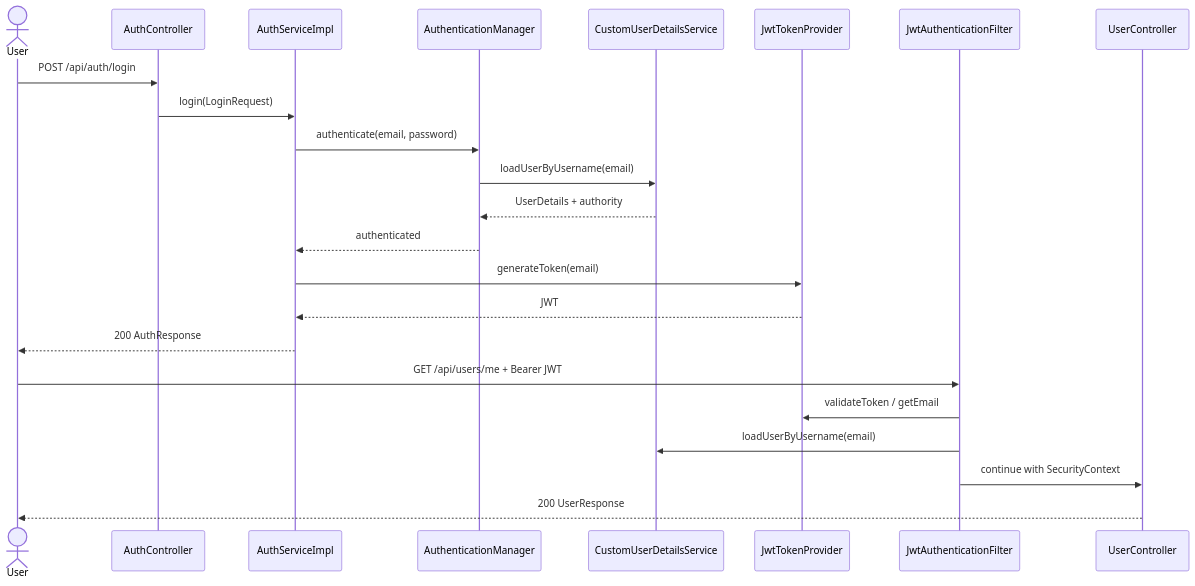
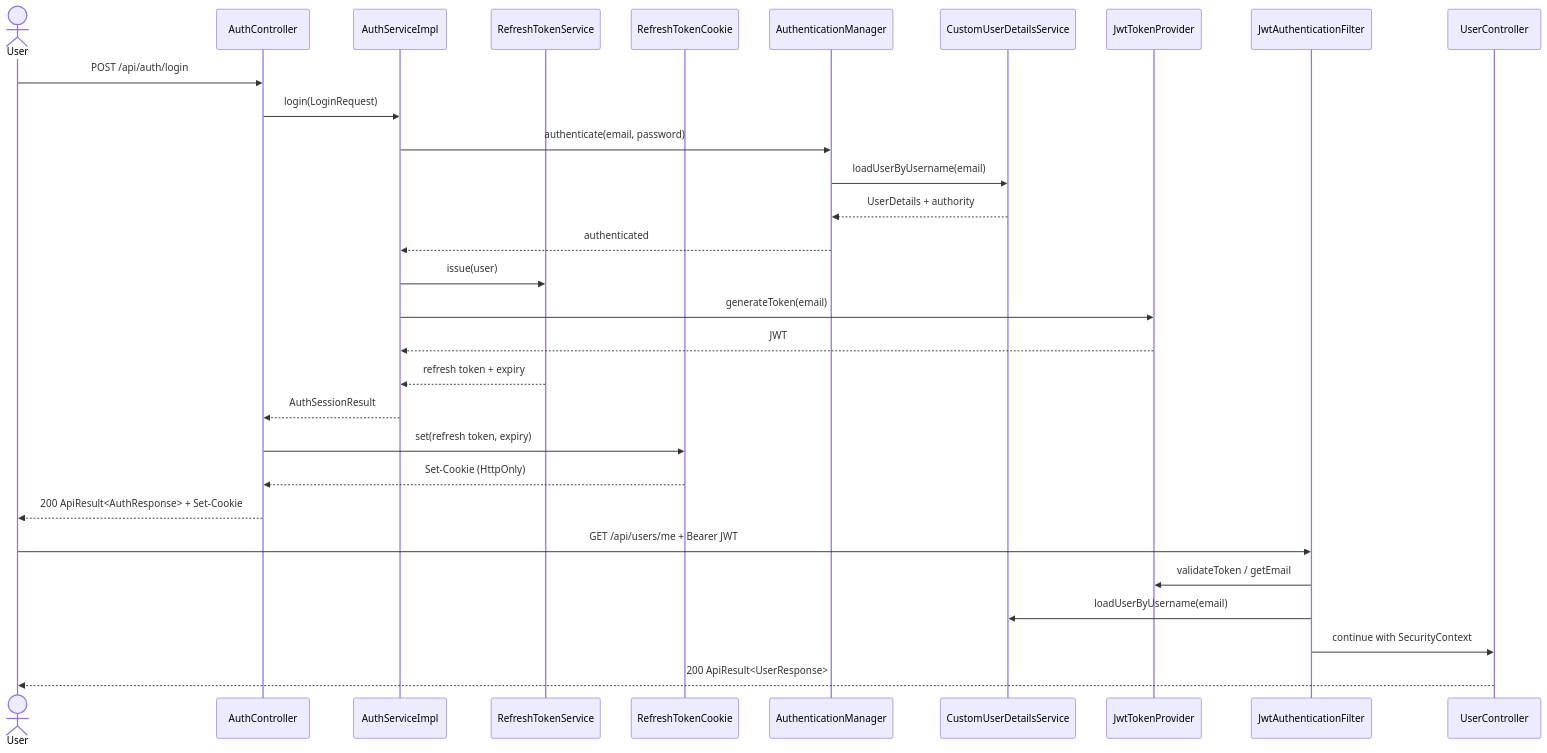
Before and after one commit to lillianxhub/freelance-hub: the diagram in doc/V1/USECASE/petpinyo-usecase.md, drawn with Mermaid. The commit also changed other lines of this file and 4 other files, not shown here.

````diff
--- a/doc/V1/USECASE/petpinyo-usecase.md
+++ b/doc/V1/USECASE/petpinyo-usecase.md
@@ -120,26 +112,33 @@
 ```mermaid
 sequenceDiagram
     actor User
     participant C as AuthController
     participant S as AuthServiceImpl
+    participant R as RefreshTokenService
+    participant Cookie as RefreshTokenCookie
     participant A as AuthenticationManager
     participant D as CustomUserDetailsService
     participant J as JwtTokenProvider
     participant F as JwtAuthenticationFilter
     participant U as UserController
 
     User->>C: POST /api/auth/login
     C->>S: login(LoginRequest)
     S->>A: authenticate(email, password)
     A->>D: loadUserByUsername(email)
     D-->>A: UserDetails + authority
     A-->>S: authenticated
+    S->>R: issue(user)
     S->>J: generateToken(email)
     J-->>S: JWT
-    S-->>User: 200 AuthResponse
+    R-->>S: refresh token + expiry
+    S-->>C: AuthSessionResult
+    C->>Cookie: set(refresh token, expiry)
+    Cookie-->>C: Set-Cookie (HttpOnly)
+    C-->>User: 200 ApiResult<AuthResponse> + Set-Cookie
     User->>F: GET /api/users/me + Bearer JWT
     F->>J: validateToken / getEmail
     F->>D: loadUserByUsername(email)
     F->>U: continue with SecurityContext
-    U-->>User: 200 UserResponse
+    U-->>User: 200 ApiResult<UserResponse>
 ```
````
